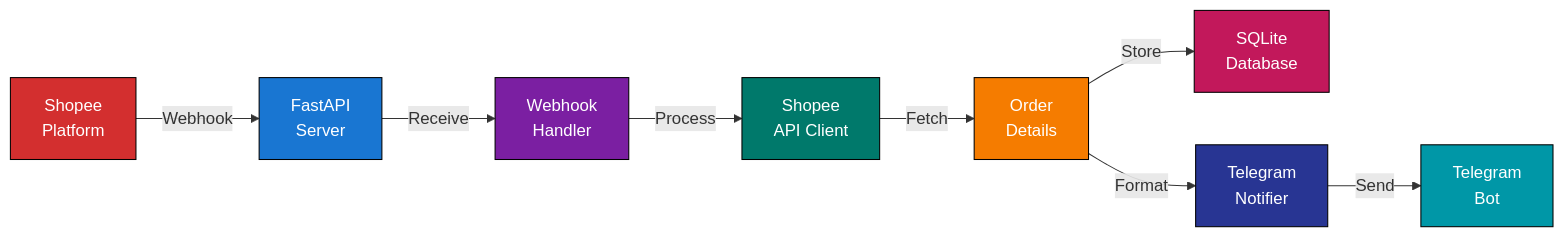
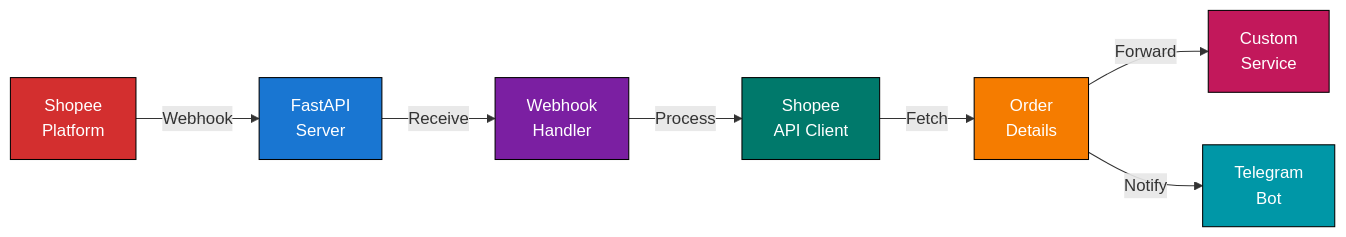
One commit to xKeNcHii/shopee-webhook-receiver changed the first of 3 diagrams in README.md. Above: the diagram before and after it, drawn with Mermaid. The commit also changed other lines of this file, not shown here.

First line of the commit message:
Update README.md to reflect forwarder architecture

````diff
--- a/README.md
+++ b/README.md
@@ -35,19 +35,17 @@
 ```mermaid
 graph LR
     A["Shopee<br/>Platform"] -->|Webhook| B["FastAPI<br/>Server"]
     B -->|Receive| C["Webhook<br/>Handler"]
     C -->|Process| D["Shopee<br/>API Client"]
     D -->|Fetch| E["Order<br/>Details"]
-    E -->|Store| F["SQLite<br/>Database"]
-    E -->|Format| G["Telegram<br/>Notifier"]
-    G -->|Send| H["Telegram<br/>Bot"]
+    E -->|Forward| F["Custom<br/>Service"]
+    E -->|Notify| G["Telegram<br/>Bot"]
 
     style A fill:#d32f2f,stroke:#000,color:#fff
     style B fill:#1976d2,stroke:#000,color:#fff
     style C fill:#7b1fa2,stroke:#000,color:#fff
     style D fill:#00796b,stroke:#000,color:#fff
     style E fill:#f57c00,stroke:#000,color:#fff
     style F fill:#c2185b,stroke:#000,color:#fff
-    style G fill:#283593,stroke:#000,color:#fff
-    style H fill:#0097a7,stroke:#000,color:#fff
+    style G fill:#0097a7,stroke:#000,color:#fff
 ```
````
